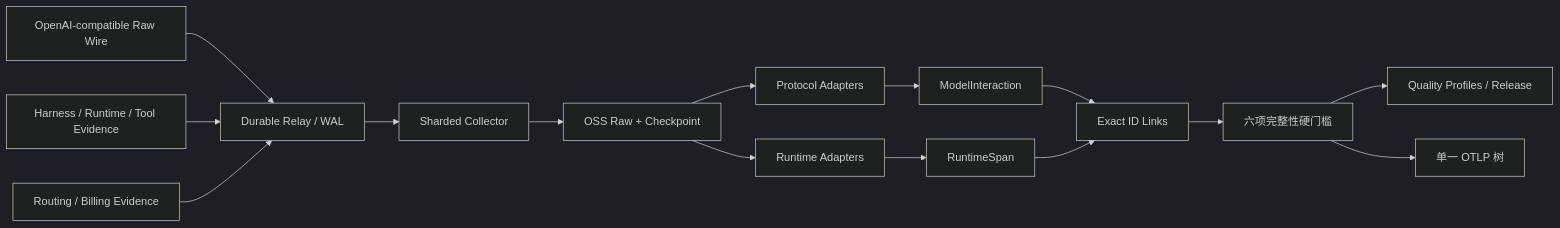
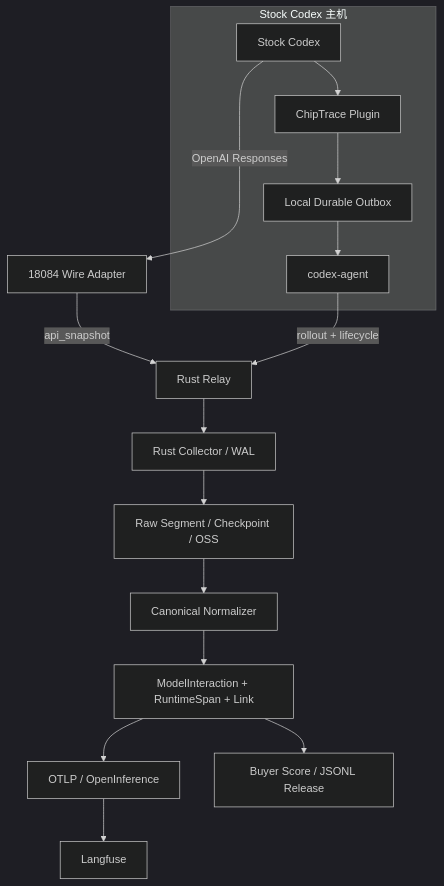
One commit to XS-MLVP/ChipTrace changed the diagram in docs/architecture.md. Above: the diagram before and after it, drawn with Mermaid (dark theme). The commit also changed other lines of this file and 30 other files, not shown here.

Commit message:
feat: 收敛 Stock Codex Trace 采集主链

````diff
--- a/docs/architecture.md
+++ b/docs/architecture.md
@@ -5,17 +11,21 @@
 ```mermaid
-flowchart LR
-    A[OpenAI-compatible Raw Wire] --> B[Durable Relay / WAL]
-    H[Harness / Runtime / Tool Evidence] --> B
-    R[Routing / Billing Evidence] --> B
-    B --> C[Sharded Collector]
-    C --> D[OSS Raw + Checkpoint]
-    D --> E[Protocol Adapters]
-    E --> F[ModelInteraction]
-    D --> G[Runtime Adapters]
-    G --> I[RuntimeSpan]
-    F --> J[Exact ID Links]
-    I --> J
-    J --> K[六项完整性硬门槛]
-    K --> L[Quality Profiles / Release]
-    K --> M[单一 OTLP 树]
+flowchart TB
+    subgraph Host[Stock Codex 主机]
+        C[Stock Codex]
+        P[ChipTrace Plugin]
+        O[Local Durable Outbox]
+        A[codex-agent]
+        C --> P --> O --> A
+    end
+
+    C -->|OpenAI Responses| W[18084 Wire Adapter]
+    W -->|api_snapshot| R[Rust Relay]
+    A -->|rollout + lifecycle| R
+    R --> L[Rust Collector / WAL]
+    L --> S[Raw Segment / Checkpoint / OSS]
+    S --> N[Canonical Normalizer]
+    N --> T[ModelInteraction + RuntimeSpan + Link]
+    T --> X[OTLP / OpenInference]
+    X --> F[Langfuse]
+    T --> Q[Buyer Score / JSONL Release]
 ```
````
